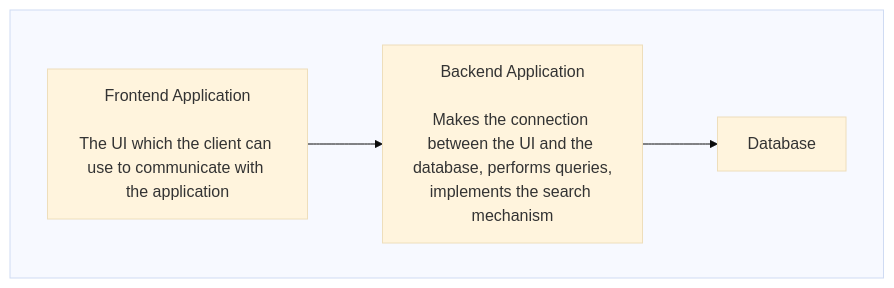
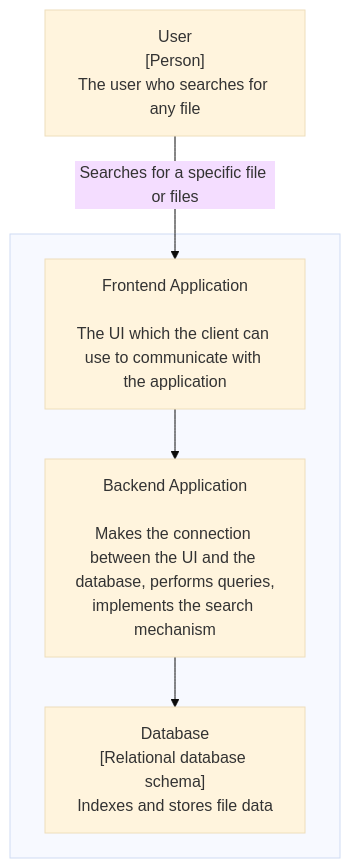
The second of 2 diagrams in ARCHITECTURE.md (moldovanolimpiu/File-Search-Engine), drawn with Mermaid (base theme) before and after one commit. The commit also changed other lines of this file, not shown here.

````diff
--- a/ARCHITECTURE.md
+++ b/ARCHITECTURE.md
@@ -14,13 +14,14 @@
 ``` mermaid
 
 flowchart TD
     subgraph Group1[" "]
         A
         B
         C
     end
+    D["User\n[Person]\nThe user who searches for any file"] -->|Searches for a specific file or files| C
     C["Frontend Application\n\nThe UI which the client can use to communicate with the application"] --> A["Backend Application\n\nMakes the connection between the UI and the database, performs queries,
 implements the search mechanism"]
-    A --> B["Database"]
+    A --> B["Database\n[Relational database schema]\nIndexes and stores file data"]
 
 ```
````
